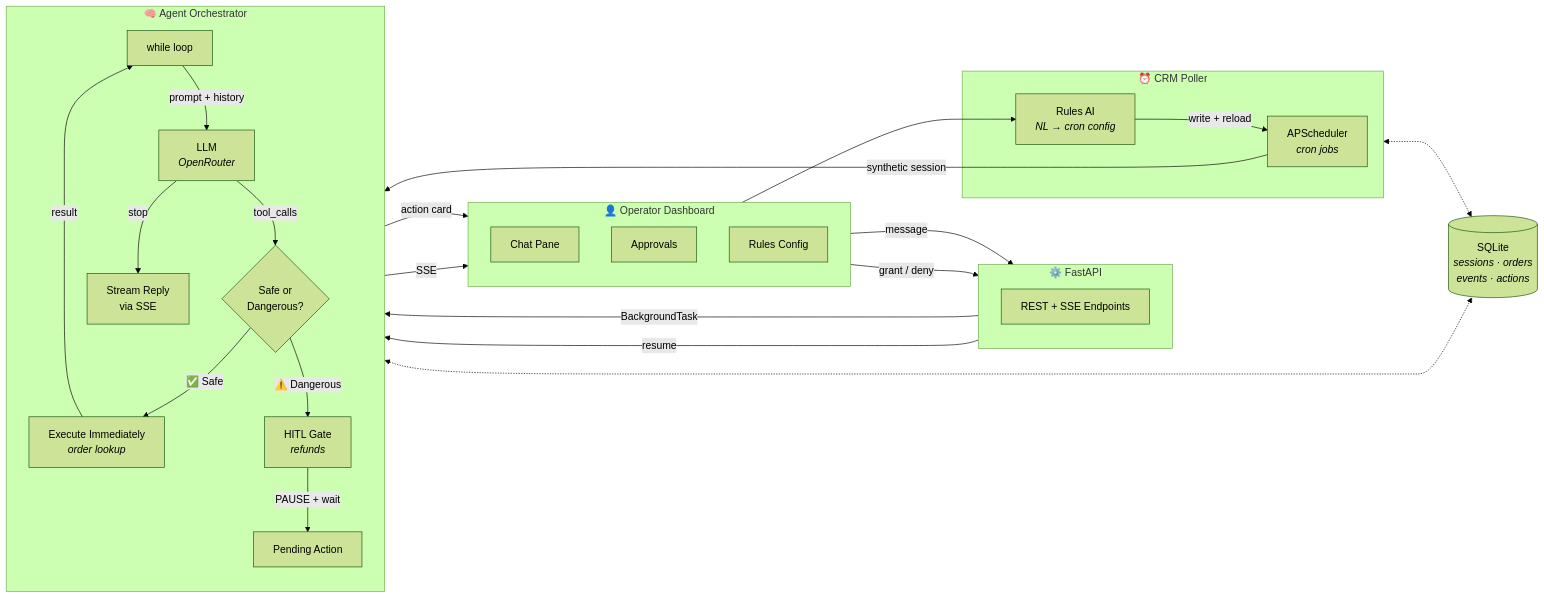
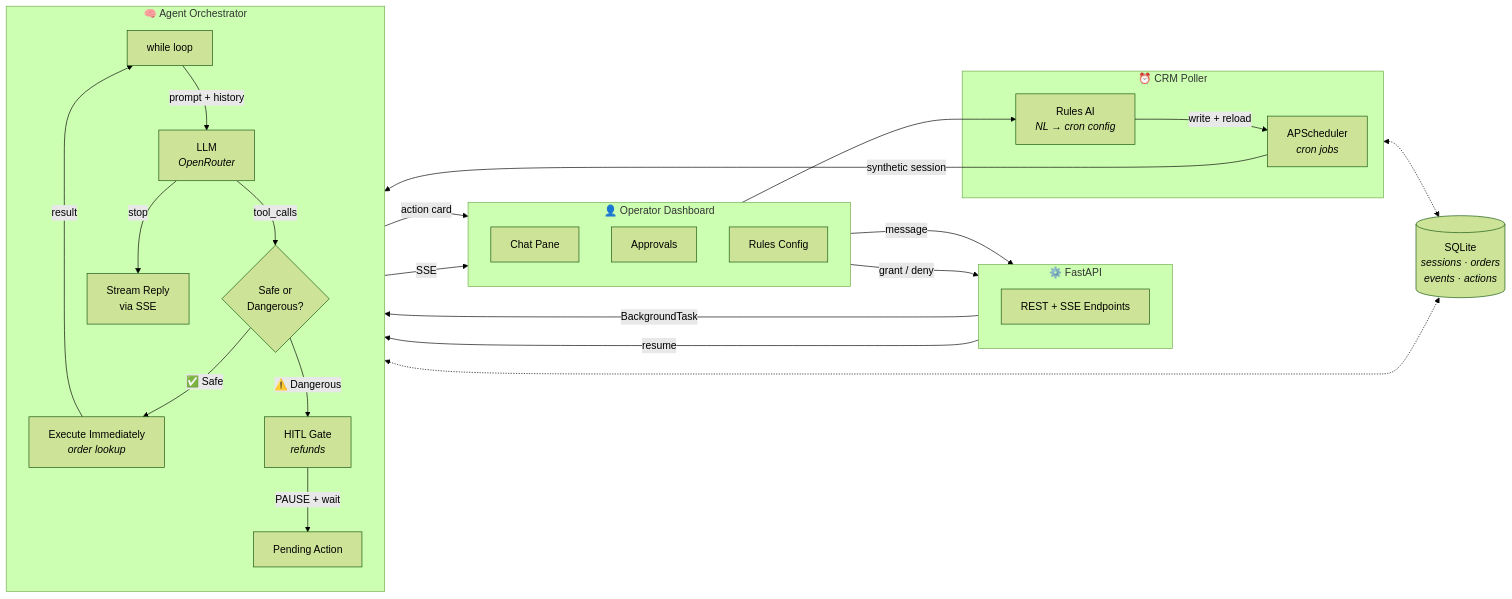
The first of 4 diagrams in docs/TRD.md (kingsmil/proactive-hitl-cx-agent), drawn with Mermaid (forest theme) before and after one commit. The commit also changed other lines of this file and 11 other files, not shown here.

````diff
--- a/docs/TRD.md
+++ b/docs/TRD.md
@@ -5,53 +22,53 @@
 ```mermaid
 flowchart LR
     subgraph UI["👤 Operator Dashboard"]
         direction TB
         CHAT["Chat Pane"]
         APPROVE["Approvals"]
         RULES_UI["Rules Config"]
     end
 
     subgraph BACKEND["⚙️ FastAPI"]
         direction TB
         API["REST + SSE Endpoints"]
     end
 
     subgraph CORE["🧠 Agent Orchestrator"]
         direction TB
         LOOP["while loop"]
         LLM["LLM<br/><i>OpenRouter</i>"]
         LOOP -->|"prompt + history"| LLM
 
         LLM -->|"tool_calls"| TOOLS
         LLM -->|"stop"| REPLY["Stream Reply<br/>via SSE"]
 
         TOOLS{"Safe or<br/>Dangerous?"}
         TOOLS -->|"✅ Safe"| SAFE["Execute Immediately<br/><i>order lookup</i>"]
         TOOLS -->|"⚠️ Dangerous"| HITL["HITL Gate<br/><i>refunds</i>"]
 
         SAFE -->|"result"| LOOP
         HITL -->|"PAUSE + wait"| PENDING["Pending Action"]
     end
 
     subgraph PROACTIVE["⏰ CRM Poller"]
         SCHED["APScheduler<br/><i>cron jobs</i>"]
         RULES_AI["Rules AI<br/><i>NL → cron config</i>"]
         RULES_AI -->|"write + reload"| SCHED
     end
 
     DB[("SQLite<br/><i>sessions · orders<br/>events · actions</i>")]
 
     %% Main flows
     CHAT -->|"message"| API
     API -->|"BackgroundTask"| LOOP
     REPLY -->|"SSE"| UI
     PENDING -->|"action card"| APPROVE
     APPROVE -->|"grant / deny"| API
     API -->|"resume"| LOOP
     RULES_UI --> RULES_AI
     SCHED -->|"synthetic session"| LOOP
 
     %% DB connections
-    CORE <-..-> DB
-    PROACTIVE <-..-> DB
+    CORE <-.-> DB
+    PROACTIVE <-.-> DB
 ```
````
